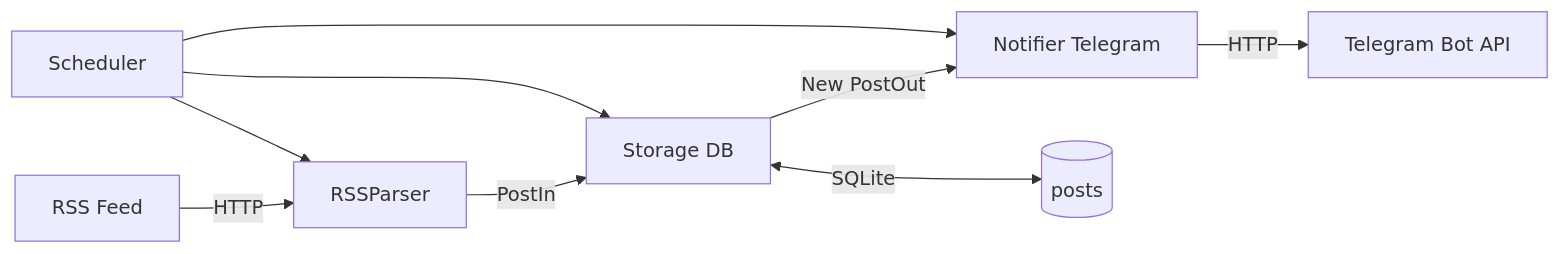
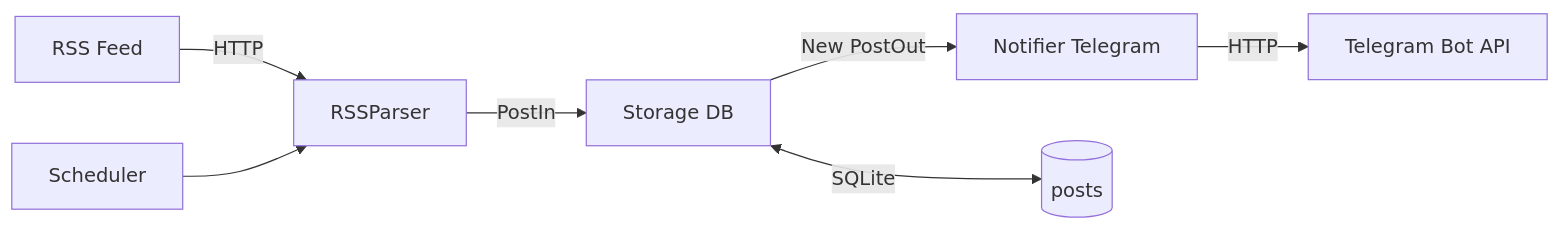
Before and after one commit to ozuras53/Lofty_test_version-B: the diagram in README.md, drawn with Mermaid.

Commit message:
тестовое задание

````diff
--- a/README.md
+++ b/README.md
@@ -19,11 +19,9 @@
 ```mermaid
 flowchart LR
     RSS["RSS Feed"] -->|HTTP| Parser["RSSParser"]
     Parser -->|PostIn| Storage["Storage DB"]
     Storage -->|New PostOut| Notifier["Notifier Telegram"]
     Scheduler["Scheduler"] --> Parser
-    Scheduler --> Storage
-    Scheduler --> Notifier
     Storage <-->|SQLite| DB[(posts)]
     Notifier -->|HTTP| TG["Telegram Bot API"]
 ```
````
